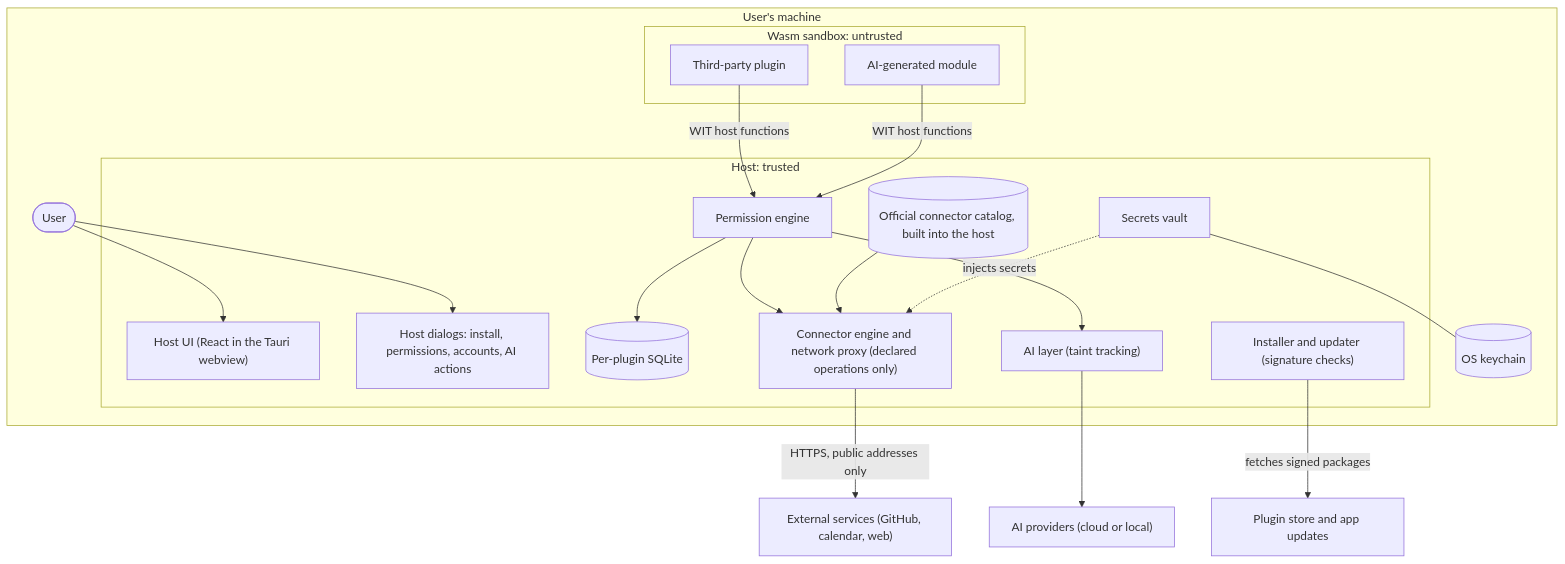
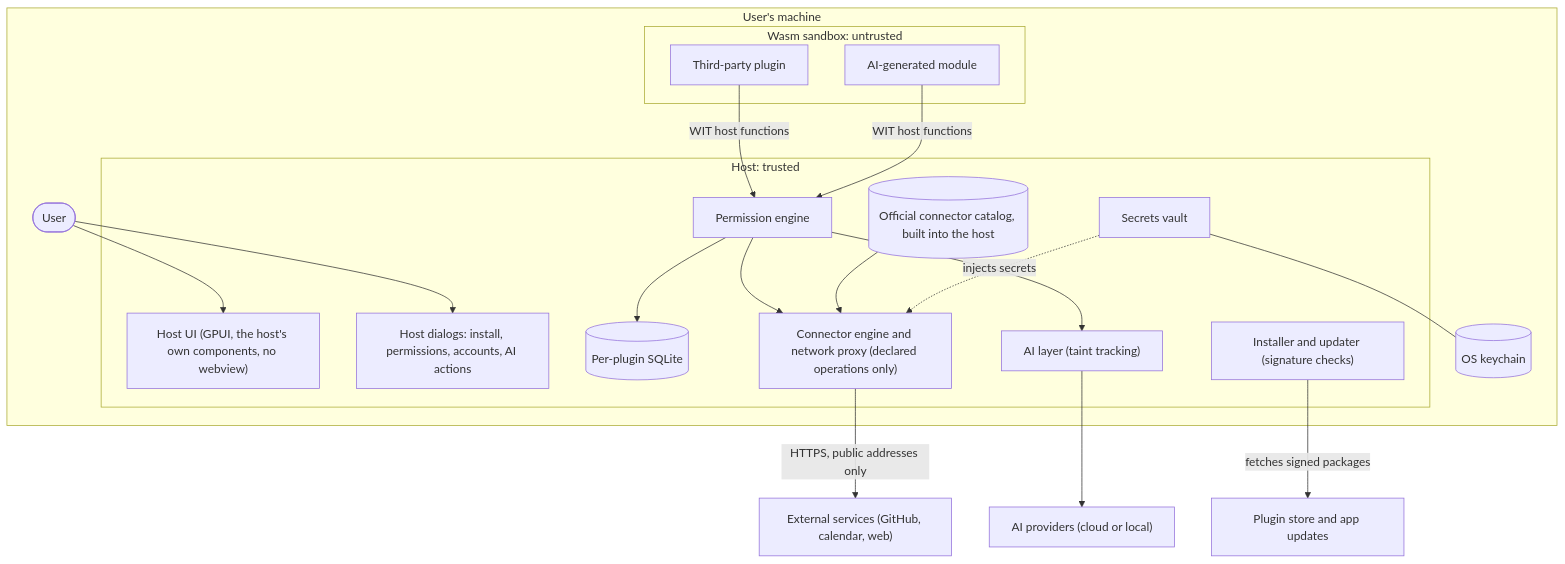
Before and after one commit to philipesantos/dashboard: the diagram in docs/threat-model.md, drawn with Mermaid. The commit also changed other lines of this file, not shown here.

Commit message:
docs: the threat model without a webview: what replaces its content security policy, host dialogs drawn by the host, and decoders in the host process, each a Phase 3 test

````diff
--- a/docs/threat-model.md
+++ b/docs/threat-model.md
@@ -12,40 +12,40 @@
 ```mermaid
 flowchart TB
     subgraph machine["User's machine"]
         user([User])
         subgraph sandbox["Wasm sandbox: untrusted"]
             plugin["Third-party plugin"]
             generated["AI-generated module"]
         end
         subgraph host["Host: trusted"]
-            ui["Host UI (React in the Tauri webview)"]
+            ui["Host UI (GPUI, the host's own components, no webview)"]
             dialogs["Host dialogs: install, permissions, accounts, AI actions"]
             perm["Permission engine"]
             vault["Secrets vault"]
             db[("Per-plugin SQLite")]
             connectors["Connector engine and network proxy (declared operations only)"]
             catalog[("Official connector catalog, built into the host")]
             ailayer["AI layer (taint tracking)"]
             installer["Installer and updater (signature checks)"]
         end
         keychain[("OS keychain")]
     end
 
     ext["External services (GitHub, calendar, web)"]
     llm["AI providers (cloud or local)"]
     dist["Plugin store and app updates"]
 
     user --> ui
     user --> dialogs
     plugin -- "WIT host functions" --> perm
     generated -- "WIT host functions" --> perm
     perm --> db
     perm --> connectors
     perm --> ailayer
     catalog --> connectors
     vault -. "injects secrets" .-> connectors
     vault --- keychain
     connectors -- "HTTPS, public addresses only" --> ext
     ailayer --> llm
     installer -- "fetches signed packages" --> dist
 ```
````
